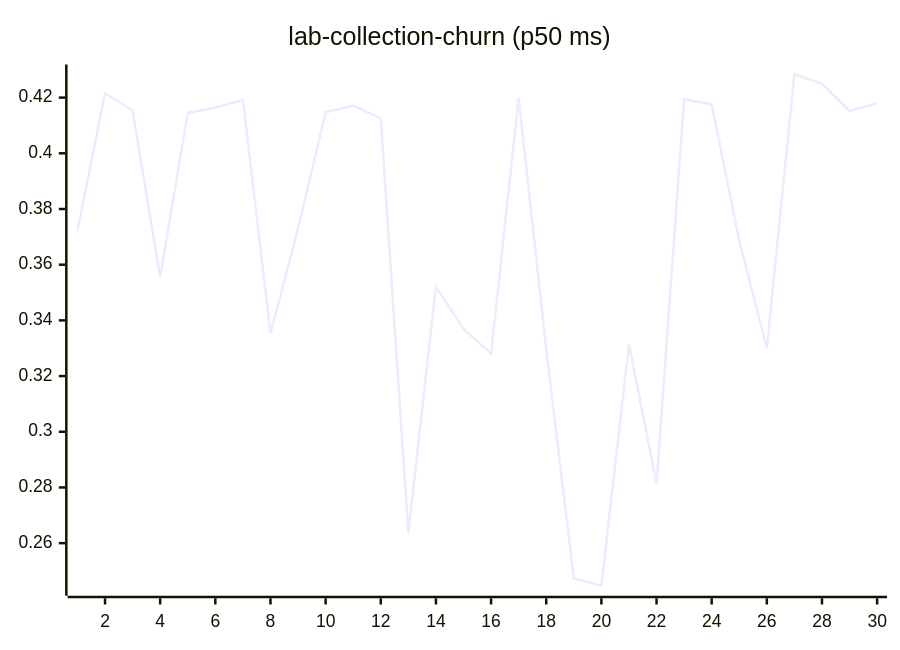
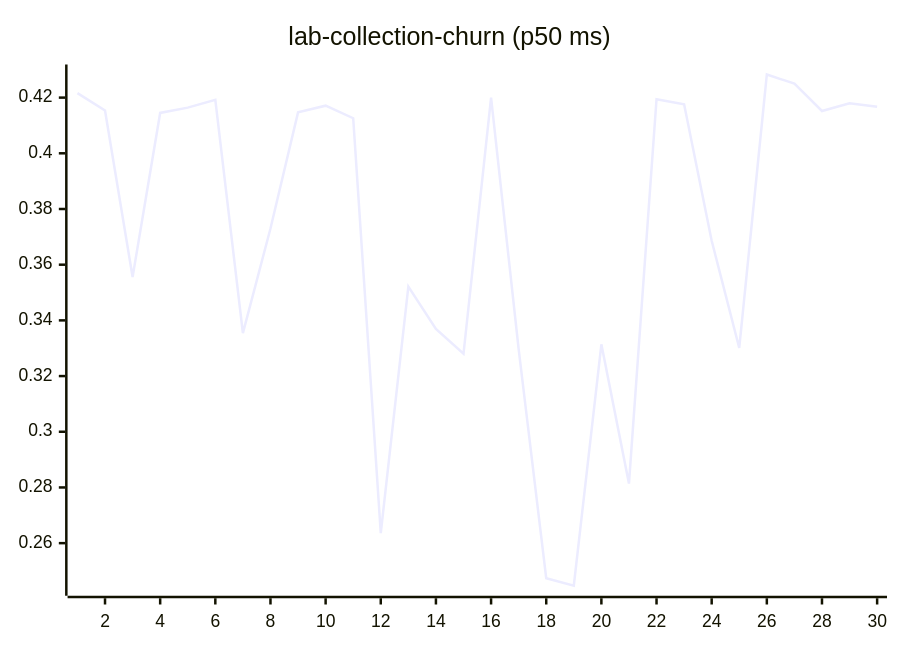
One commit to josha/Facet changed diagram 11 of 27 in README.md. Above: the diagram before and after it, drawn with Mermaid. The commit also changed other lines of this file and 2 other files, not shown here.

````diff
--- a/README.md
+++ b/README.md
@@ -133,6 +133,6 @@
 ```mermaid
 xychart-beta
     title "lab-collection-churn (p50 ms)"
     x-axis 1 --> 30
-    line [0.3722, 0.4216, 0.4154, 0.3556, 0.4145, 0.4164, 0.4192, 0.3354, 0.3730, 0.4147, 0.4171, 0.4126, 0.2636, 0.3521, 0.3369, 0.3280, 0.4200, 0.3297, 0.2474, 0.2447, 0.3314, 0.2814, 0.4194, 0.4176, 0.3686, 0.3301, 0.4283, 0.4250, 0.4152, 0.4180]
+    line [0.4216, 0.4154, 0.3556, 0.4145, 0.4164, 0.4192, 0.3354, 0.3730, 0.4147, 0.4171, 0.4126, 0.2636, 0.3521, 0.3369, 0.3280, 0.4200, 0.3297, 0.2474, 0.2447, 0.3314, 0.2814, 0.4194, 0.4176, 0.3686, 0.3301, 0.4283, 0.4250, 0.4152, 0.4180, 0.4167]
 ```
````
